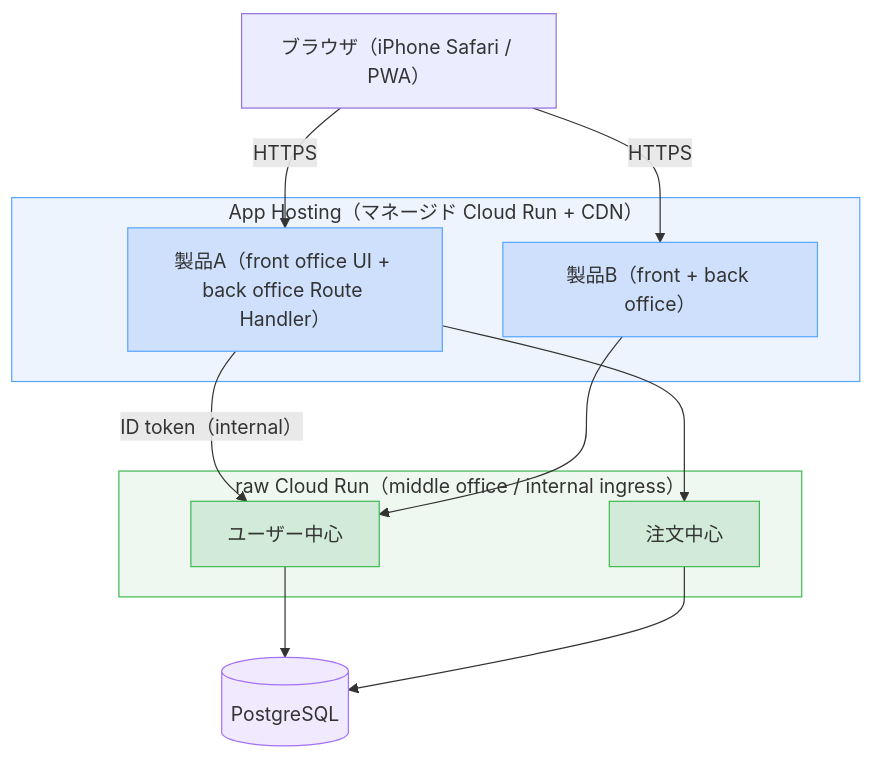
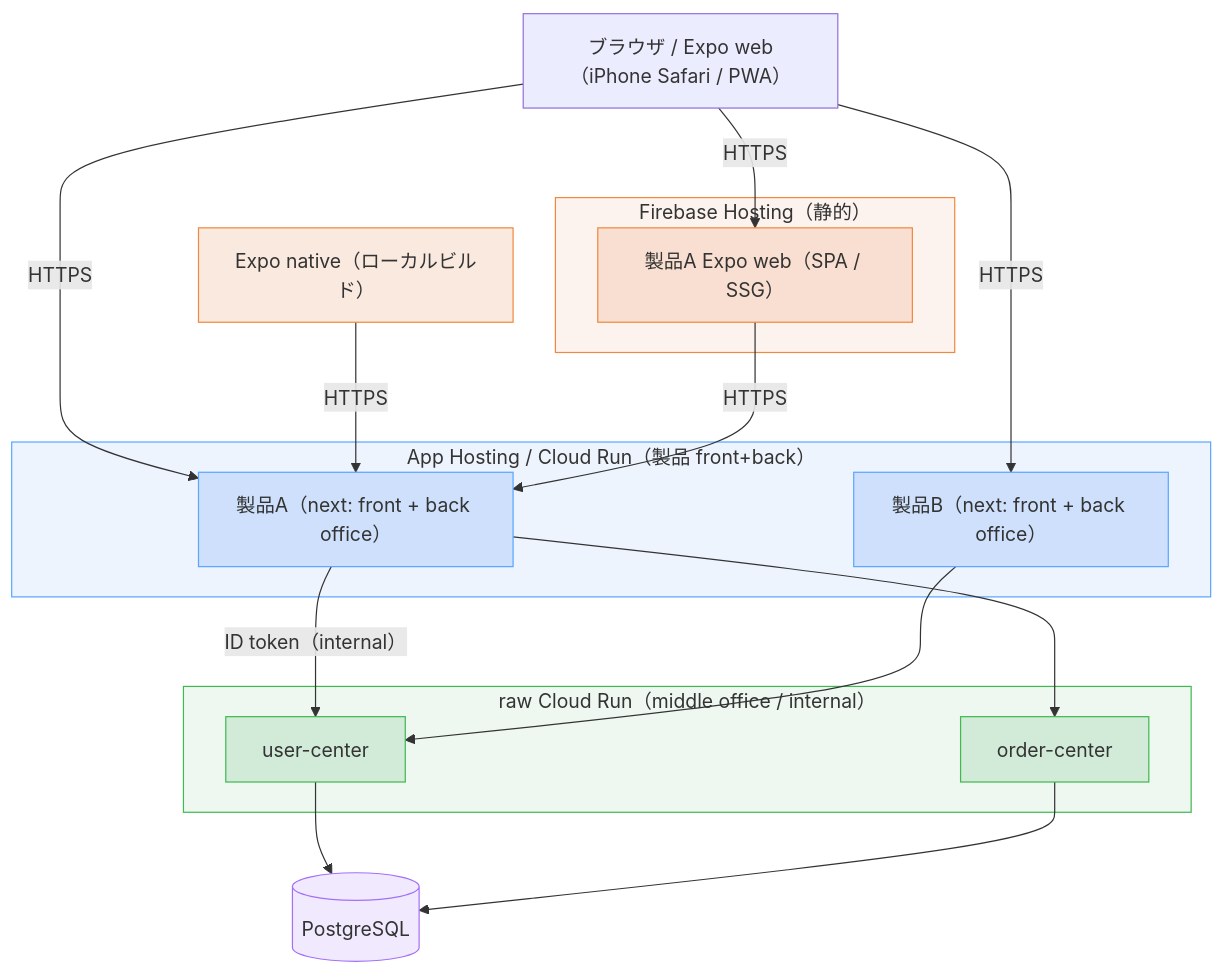
One commit to magcen-zone/supadevops changed the first of 7 diagrams in README.md. Above: the diagram before and after it, drawn with Mermaid. The commit also changed other lines of this file and 12 other files, not shown here.

Commit message:
expo+next repoツリー初期化、plugin実装

````diff
--- a/README.md
+++ b/README.md
@@ -73,29 +118,39 @@
 ```mermaid
 flowchart TB
-    Browser["ブラウザ（iPhone Safari / PWA）"]
-    subgraph AppHosting["App Hosting（マネージド Cloud Run + CDN）"]
-      P1["製品A（front office UI + back office Route Handler）"]
-      P2["製品B（front + back office）"]
+    Browser["ブラウザ / Expo web（iPhone Safari / PWA）"]
+    Mobile["Expo native（ローカルビルド）"]
+    subgraph Hosting["Firebase Hosting（静的）"]
+      EW["製品A Expo web（SPA / SSG）"]
     end
-    subgraph CloudRun["raw Cloud Run（middle office / internal ingress）"]
-      S1["ユーザー中心"]
-      S2["注文中心"]
+    subgraph AppHosting["App Hosting / Cloud Run（製品 front+back）"]
+      P1["製品A（next: front + back office）"]
+      P2["製品B（next: front + back office）"]
+    end
+    subgraph CloudRun["raw Cloud Run（middle office / internal）"]
+      S1["user-center"]
+      S2["order-center"]
     end
     DB[(PostgreSQL)]
     Browser -->|HTTPS| P1
+    Browser -->|HTTPS| EW
+    Mobile -->|HTTPS| P1
+    EW -->|HTTPS| P1
     Browser -->|HTTPS| P2
     P1 -->|"ID token（internal）"| S1
     P1 --> S2
     P2 --> S1
     S1 --> DB
     S2 --> DB
 
     classDef product fill:#1f6feb26,stroke:#58a6ff,stroke-width:1px;
     classDef service fill:#2da44e26,stroke:#3fb950,stroke-width:1px;
     classDef store fill:#a371f726,stroke:#a371f7,stroke-width:1px;
+    classDef mobile fill:#db6d2826,stroke:#f0883e,stroke-width:1px;
     class P1,P2 product;
     class S1,S2 service;
     class DB store;
+    class EW,Mobile mobile;
     style AppHosting fill:#1f6feb14,stroke:#58a6ff,stroke-width:1px;
     style CloudRun fill:#2da44e14,stroke:#3fb950,stroke-width:1px;
+    style Hosting fill:#db6d2814,stroke:#f0883e,stroke-width:1px;
 ```
````
